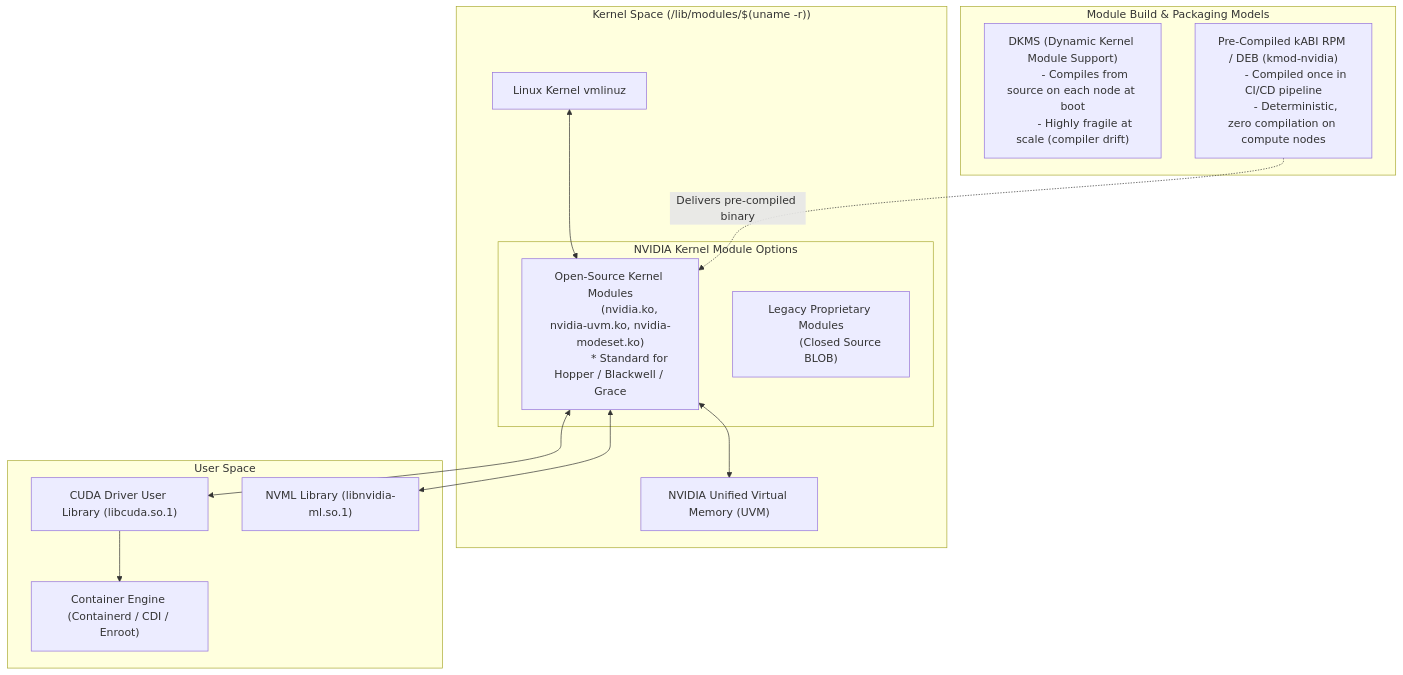
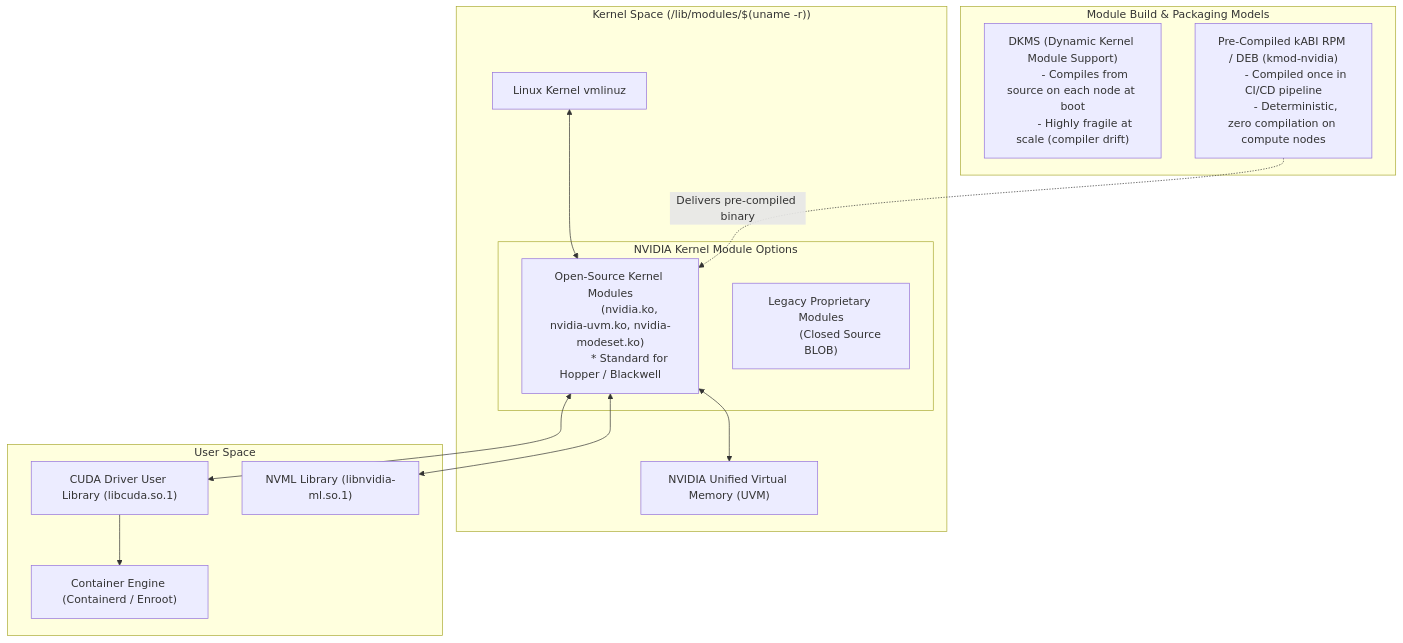
The second of 2 diagrams in docs/volume-10/03-os-provisioning-and-linux-security-hardening.md (jithinpnjm/nvidia-devops), drawn with Mermaid before and after one commit. The commit also changed other lines of this file and 11 other files, not shown here.

````diff
--- a/docs/volume-10/03-os-provisioning-and-linux-security-hardening.md
+++ b/docs/volume-10/03-os-provisioning-and-linux-security-hardening.md
@@ -136,40 +186,40 @@
 ```mermaid
 flowchart TD
     subgraph KernelSpace["Kernel Space (/lib/modules/$(uname -r))"]
         VMLINUX["Linux Kernel vmlinuz"]
         
         subgraph DriverOptions["NVIDIA Kernel Module Options"]
             OPEN_MOD["Open-Source Kernel Modules
             (nvidia.ko, nvidia-uvm.ko, nvidia-modeset.ko)
-            * Standard for Hopper / Blackwell / Grace"]
+            * Standard for Hopper / Blackwell"]
             
             CLOSED_MOD["Legacy Proprietary Modules
             (Closed Source BLOB)"]
         end
         
         UVM["NVIDIA Unified Virtual Memory (UVM)"]
     end
 
     subgraph DeliveryMechanisms["Module Build & Packaging Models"]
         DKMS["DKMS (Dynamic Kernel Module Support)
         - Compiles from source on each node at boot
         - Highly fragile at scale (compiler drift)"]
         
         KMOD["Pre-Compiled kABI RPM / DEB (kmod-nvidia)
         - Compiled once in CI/CD pipeline
         - Deterministic, zero compilation on compute nodes"]
     end
 
     subgraph UserSpace["User Space"]
         CUDA_LIB["CUDA Driver User Library (libcuda.so.1)"]
         NVML_LIB["NVML Library (libnvidia-ml.so.1)"]
-        CONTAINER["Container Engine (Containerd / CDI / Enroot)"]
+        CONTAINER["Container Engine (Containerd / Enroot)"]
     end
 
     VMLINUX <--> OPEN_MOD
     OPEN_MOD <--> UVM
     OPEN_MOD <--> CUDA_LIB
     OPEN_MOD <--> NVML_LIB
     KMOD -.->|Delivers pre-compiled binary| OPEN_MOD
     CUDA_LIB --> CONTAINER
 ```
````
